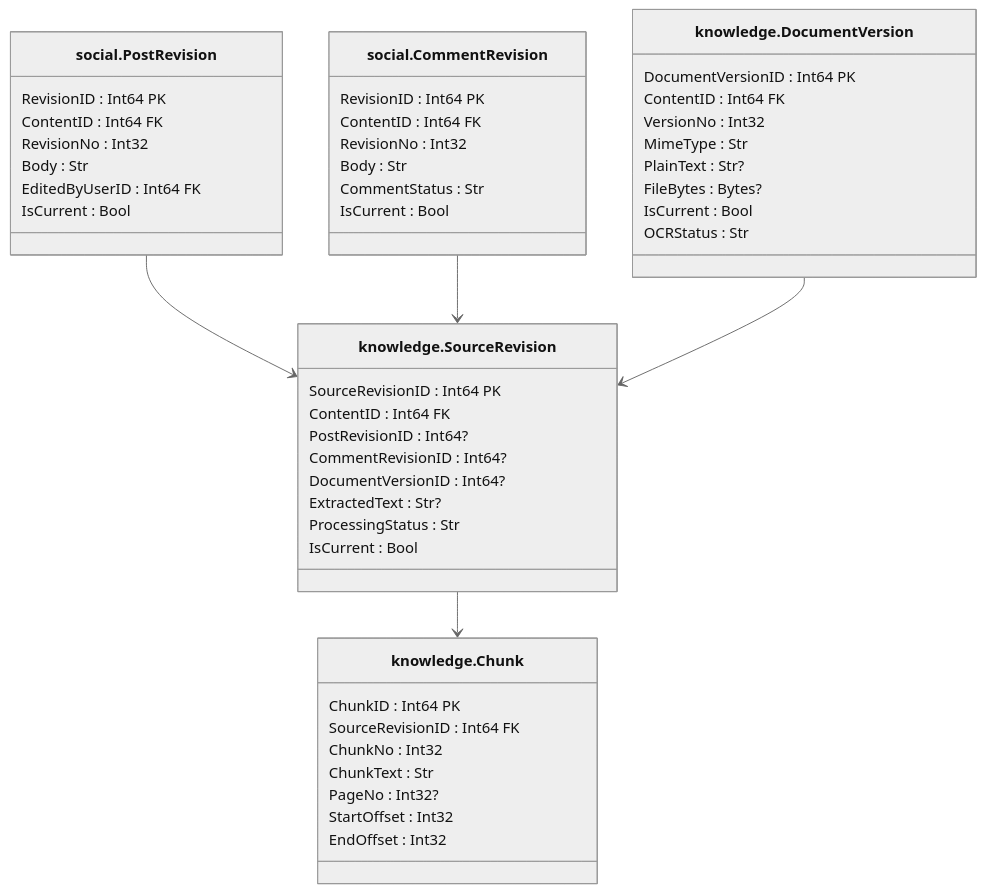
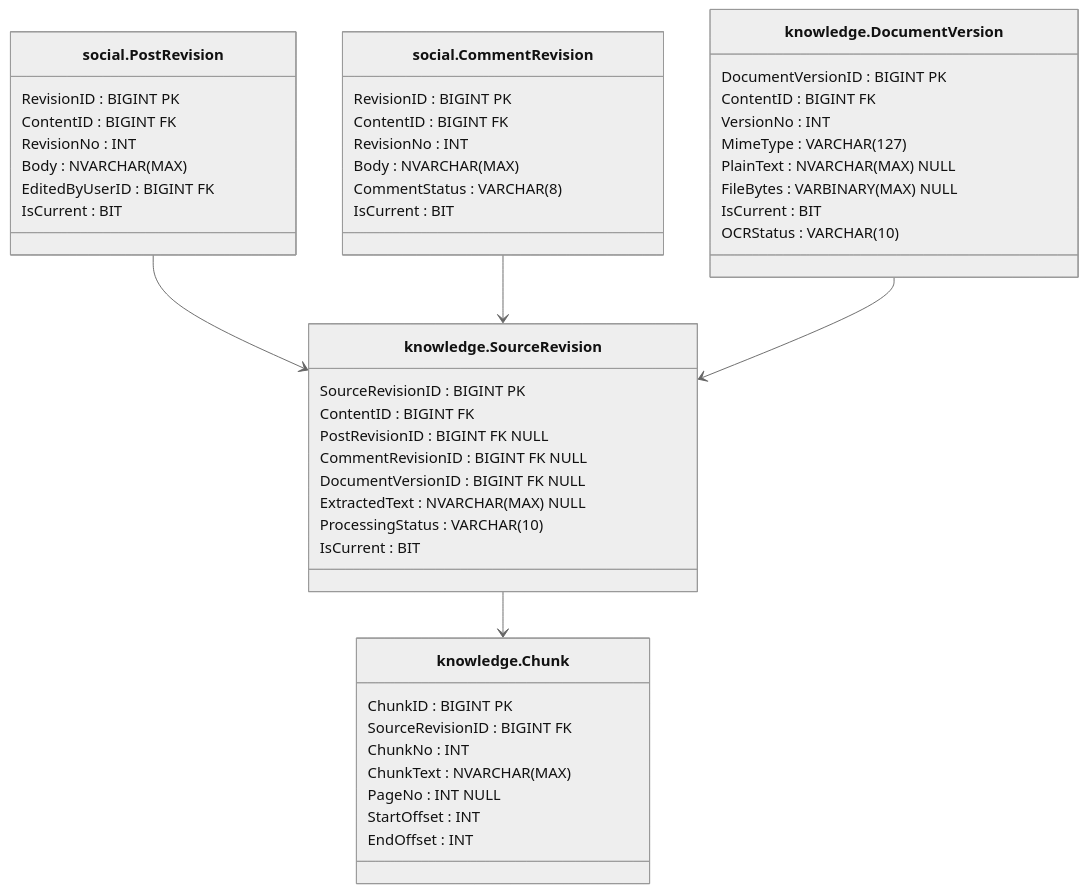
Before and after one commit to lkeey/BIVT-labs: the seventh of 15 diagrams in 03SQL-CourseWork/architecture/database-model.md, drawn with Mermaid (neutral theme). The commit also changed other lines of this file, not shown here.

Commit message:
docs(coursework): use exact T-SQL types in database diagrams

```diff
--- a/03SQL-CourseWork/architecture/database-model.md
+++ b/03SQL-CourseWork/architecture/database-model.md
@@ -254,53 +254,53 @@
 ~~~mermaid
 classDiagram
     direction TB
     class P["social.PostRevision"] {
-        RevisionID : Int64 PK
-        ContentID : Int64 FK
-        RevisionNo : Int32
-        Body : Str
-        EditedByUserID : Int64 FK
-        IsCurrent : Bool
+        RevisionID : BIGINT PK
+        ContentID : BIGINT FK
+        RevisionNo : INT
+        Body : NVARCHAR#40;MAX#41;
+        EditedByUserID : BIGINT FK
+        IsCurrent : BIT
     }
     class C["social.CommentRevision"] {
-        RevisionID : Int64 PK
-        ContentID : Int64 FK
-        RevisionNo : Int32
-        Body : Str
-        CommentStatus : Str
-        IsCurrent : Bool
+        RevisionID : BIGINT PK
+        ContentID : BIGINT FK
+        RevisionNo : INT
+        Body : NVARCHAR#40;MAX#41;
+        CommentStatus : VARCHAR#40;8#41;
+        IsCurrent : BIT
     }
     class D["knowledge.DocumentVersion"] {
-        DocumentVersionID : Int64 PK
-        ContentID : Int64 FK
-        VersionNo : Int32
-        MimeType : Str
-        PlainText : Str?
-        FileBytes : Bytes?
-        IsCurrent : Bool
-        OCRStatus : Str
+        DocumentVersionID : BIGINT PK
+        ContentID : BIGINT FK
+        VersionNo : INT
+        MimeType : VARCHAR#40;127#41;
+        PlainText : NVARCHAR#40;MAX#41; NULL
+        FileBytes : VARBINARY#40;MAX#41; NULL
+        IsCurrent : BIT
+        OCRStatus : VARCHAR#40;10#41;
     }
     class S["knowledge.SourceRevision"] {
-        SourceRevisionID : Int64 PK
-        ContentID : Int64 FK
-        PostRevisionID : Int64?
-        CommentRevisionID : Int64?
-        DocumentVersionID : Int64?
-        ExtractedText : Str?
-        ProcessingStatus : Str
-        IsCurrent : Bool
+        SourceRevisionID : BIGINT PK
+        ContentID : BIGINT FK
+        PostRevisionID : BIGINT FK NULL
+        CommentRevisionID : BIGINT FK NULL
+        DocumentVersionID : BIGINT FK NULL
+        ExtractedText : NVARCHAR#40;MAX#41; NULL
+        ProcessingStatus : VARCHAR#40;10#41;
+        IsCurrent : BIT
     }
     class K["knowledge.Chunk"] {
-        ChunkID : Int64 PK
-        SourceRevisionID : Int64 FK
-        ChunkNo : Int32
-        ChunkText : Str
-        PageNo : Int32?
-        StartOffset : Int32
-        EndOffset : Int32
+        ChunkID : BIGINT PK
+        SourceRevisionID : BIGINT FK
+        ChunkNo : INT
+        ChunkText : NVARCHAR#40;MAX#41;
+        PageNo : INT NULL
+        StartOffset : INT
+        EndOffset : INT
     }
     P --> S
     C --> S
     D --> S
     S --> K
 ~~~
```
